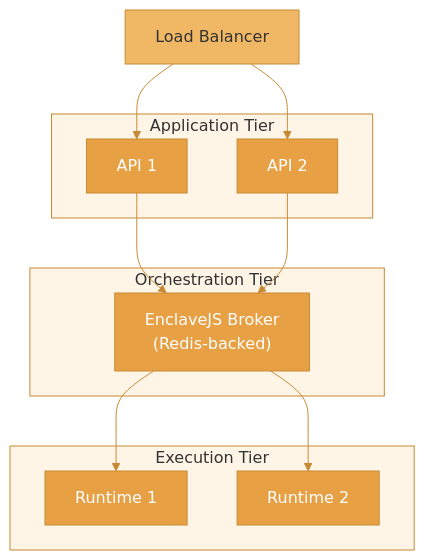
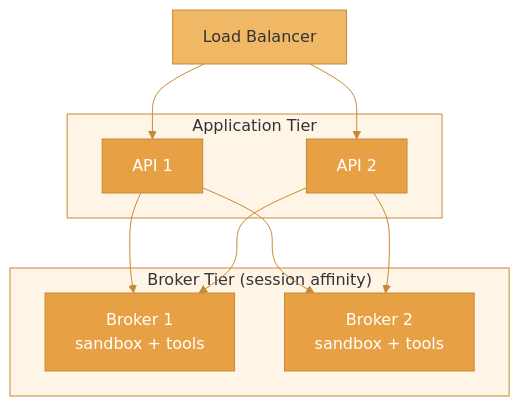
The second of 2 diagrams in docs/enclave/guides/production-deployment.mdx (agentfront/enclave), drawn with Mermaid before and after one commit. The commit also changed other lines of this file and 22 other files, not shown here.

````diff
--- a/docs/enclave/guides/production-deployment.mdx
+++ b/docs/enclave/guides/production-deployment.mdx
@@ -33,31 +33,26 @@
 ```mermaid
 %%{init: {'theme': 'base', 'themeVariables': { 'primaryColor': '#e8a045', 'primaryTextColor': '#fff', 'primaryBorderColor': '#c78935', 'lineColor': '#c78935', 'secondaryColor': '#f0b865', 'tertiaryColor': '#fff5e6'}}}%%
 flowchart TB
     LB["Load Balancer"]
     subgraph appTier["Application Tier"]
         API1["API 1"]
         API2["API 2"]
     end
-    subgraph orchTier["Orchestration Tier"]
-        Broker["EnclaveJS Broker<br/>(Redis-backed)"]
-    end
-    subgraph execTier["Execution Tier"]
-        R1["Runtime 1"]
-        R2["Runtime 2"]
+    subgraph brokerTier["Broker Tier (session affinity)"]
+        B1["Broker 1<br/>sandbox + tools"]
+        B2["Broker 2<br/>sandbox + tools"]
     end
     LB --> API1
     LB --> API2
-    API1 --> Broker
-    API2 --> Broker
-    Broker --> R1
-    Broker --> R2
+    API1 --> B1
+    API1 --> B2
+    API2 --> B1
+    API2 --> B2
     style LB fill:#f0b865,stroke:#c78935,color:#333
     style appTier fill:#fff5e6,stroke:#c78935,color:#333
-    style orchTier fill:#fff5e6,stroke:#c78935,color:#333
-    style execTier fill:#fff5e6,stroke:#c78935,color:#333
+    style brokerTier fill:#fff5e6,stroke:#c78935,color:#333
     style API1 fill:#e8a045,stroke:#c78935,color:#fff
     style API2 fill:#e8a045,stroke:#c78935,color:#fff
-    style Broker fill:#e8a045,stroke:#c78935,color:#fff
-    style R1 fill:#e8a045,stroke:#c78935,color:#fff
-    style R2 fill:#e8a045,stroke:#c78935,color:#fff
+    style B1 fill:#e8a045,stroke:#c78935,color:#fff
+    style B2 fill:#e8a045,stroke:#c78935,color:#fff
 ```
````
